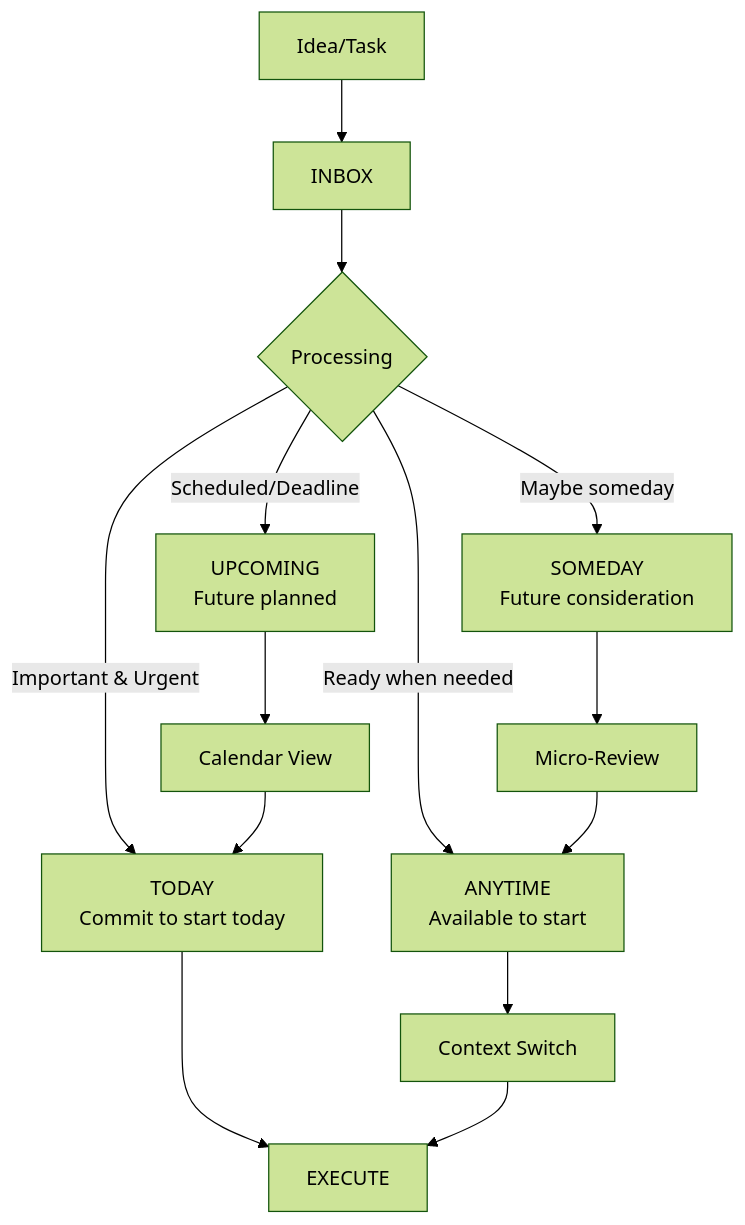
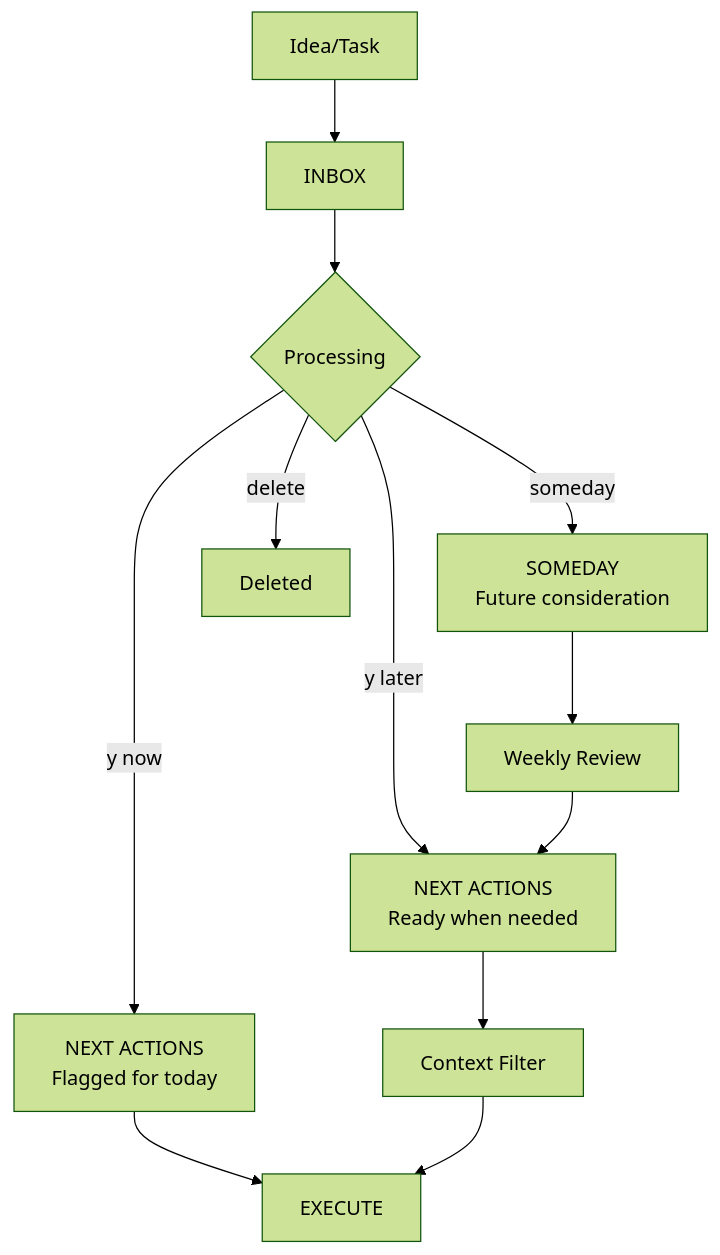
Before and after one commit to realYushi/my-gtd-buddy: the third of 3 diagrams in README.md, drawn with Mermaid (forest theme). The commit also changed other lines of this file and 20 other files, not shown here.

Commit message:
Migrate to Claude Code skill architecture

````diff
--- a/README.md
+++ b/README.md
@@ -127,19 +143,17 @@
 ```mermaid
 flowchart TD
     START[Idea/Task] --> INBOX[INBOX]
     INBOX --> DECISION{Processing}
 
-    DECISION -->|Important & Urgent| TODAY[TODAY<br/>Commit to start today]
-    DECISION -->|Scheduled/Deadline| UPCOMING[UPCOMING<br/>Future planned]
-    DECISION -->|Ready when needed| ANYTIME[ANYTIME<br/>Available to start]
-    DECISION -->|Maybe someday| SOMEDAY[SOMEDAY<br/>Future consideration]
+    DECISION -->|"y now"| NEXT_FLAG[NEXT ACTIONS<br/>Flagged for today]
+    DECISION -->|"y later"| NEXT[NEXT ACTIONS<br/>Ready when needed]
+    DECISION -->|"someday"| SOMEDAY[SOMEDAY<br/>Future consideration]
+    DECISION -->|"delete"| DELETE[Deleted]
 
-    TODAY --> EXECUTE[EXECUTE]
-    UPCOMING --> CALENDAR[Calendar View]
-    ANYTIME --> CONTEXT[Context Switch]
-    SOMEDAY --> REVIEW_CYCLE[Micro-Review]
+    NEXT_FLAG --> EXECUTE[EXECUTE]
+    NEXT --> CONTEXT[Context Filter]
+    SOMEDAY --> REVIEW_CYCLE[Weekly Review]
 
-    REVIEW_CYCLE --> ANYTIME
+    REVIEW_CYCLE --> NEXT
     CONTEXT --> EXECUTE
-    CALENDAR --> TODAY
 ```
````
